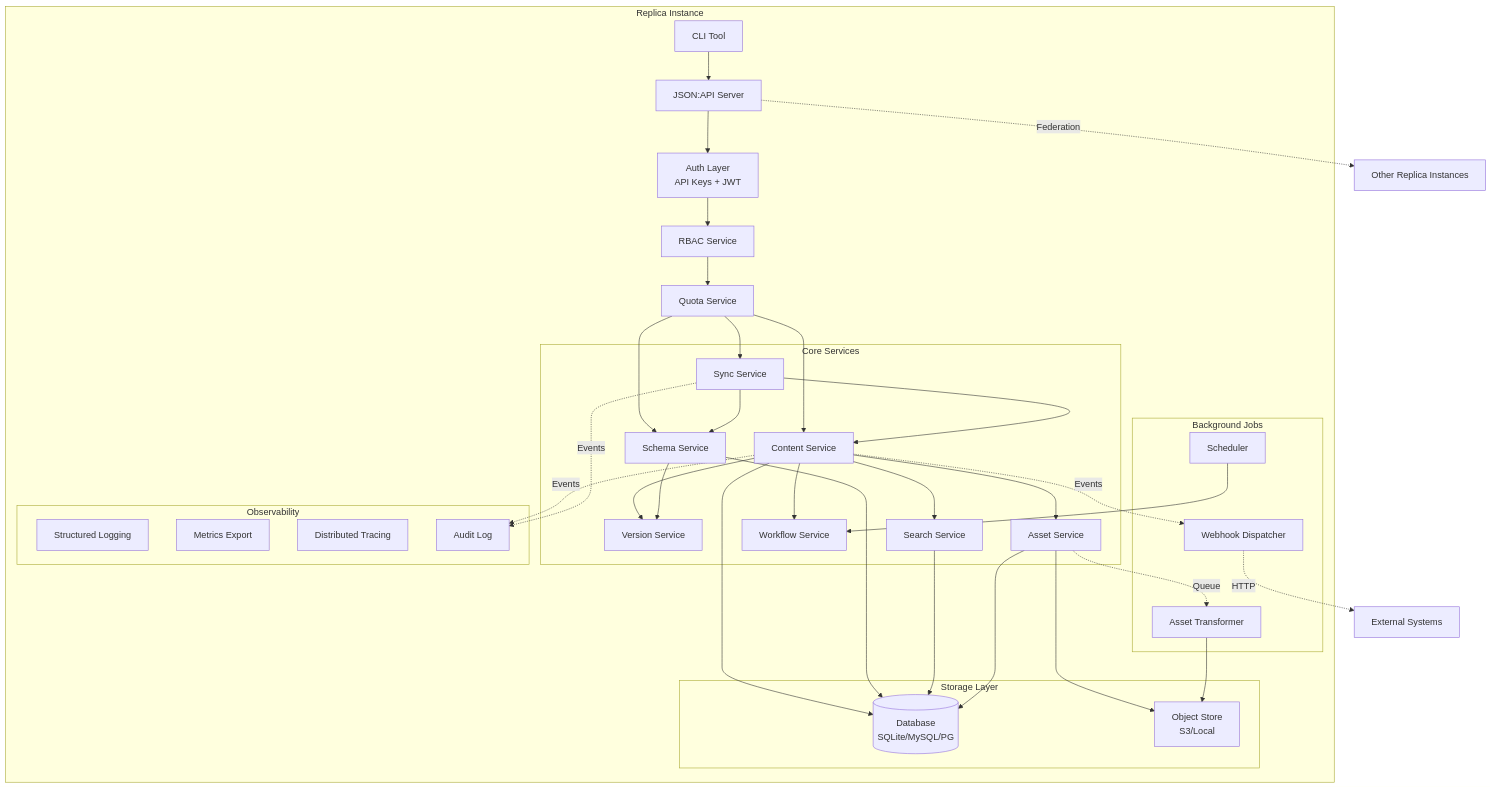
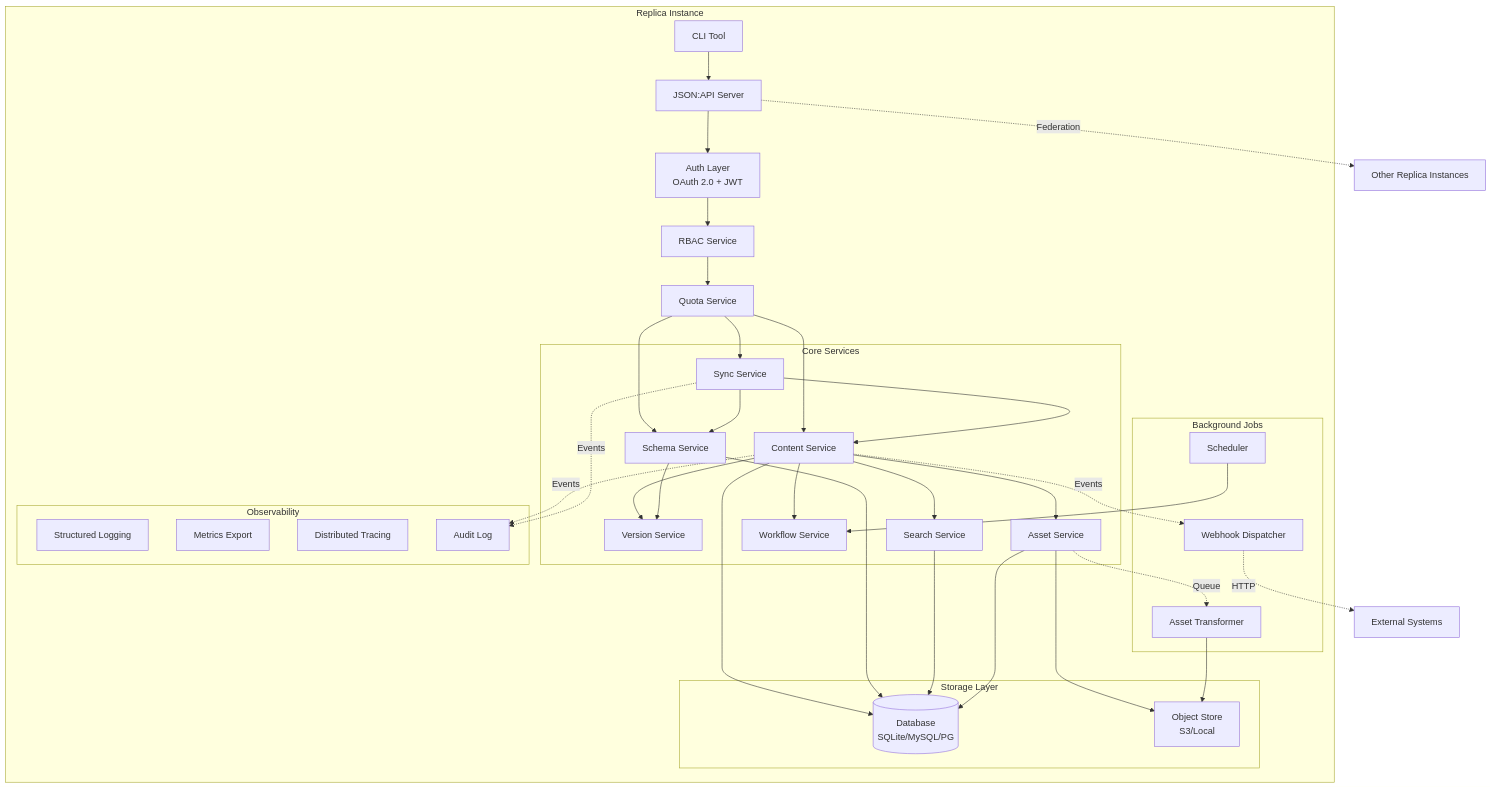
The first of 3 diagrams in .ai/task-manager/plans/01--replica-distributed-cms/plan-01--replica-distributed-cms.md (deviantintegral/replica), drawn with Mermaid before and after one commit. The commit also changed other lines of this file, not shown here.

````diff
--- a/.ai/task-manager/plans/01--replica-distributed-cms/plan-01--replica-distributed-cms.md
+++ b/.ai/task-manager/plans/01--replica-distributed-cms/plan-01--replica-distributed-cms.md
@@ -111,62 +165,62 @@
 ```mermaid
 graph TB
     subgraph "Replica Instance"
         API[JSON:API Server]
         CLI[CLI Tool]
-        Auth[Auth Layer<br/>API Keys + JWT]
+        Auth[Auth Layer<br/>OAuth 2.0 + JWT]
         RBAC[RBAC Service]
         QUOTA[Quota Service]
 
         subgraph "Core Services"
             CS[Content Service]
             SS[Schema Service]
             SY[Sync Service]
             VS[Version Service]
             AS[Asset Service]
             WF[Workflow Service]
             SR[Search Service]
         end
 
         subgraph "Background Jobs"
             SCH[Scheduler]
             WH[Webhook Dispatcher]
             ATR[Asset Transformer]
         end
 
         subgraph "Storage Layer"
             DB[(Database<br/>SQLite/MySQL/PG)]
             OBJ[Object Store<br/>S3/Local]
         end
 
         subgraph "Observability"
             LOG[Structured Logging]
             MET[Metrics Export]
             TRC[Distributed Tracing]
             AUD[Audit Log]
         end
     end
 
     CLI --> API
     API --> Auth
     Auth --> RBAC
     RBAC --> QUOTA
     QUOTA --> CS & SS & SY
     CS --> VS
     CS --> WF
     SS --> VS
     CS --> AS
     CS --> SR
     AS --> OBJ
     SY --> CS & SS
     CS & SS & SR --> DB
     AS --> DB
     SCH --> WF
     WH -.->|HTTP| EXT2[External Systems]
     CS -.->|Events| WH
     AS -.->|Queue| ATR
     ATR --> OBJ
     CS -.->|Events| AUD
     SY -.->|Events| AUD
 
     API -.->|Federation| EXT[Other Replica Instances]
 ```
````
